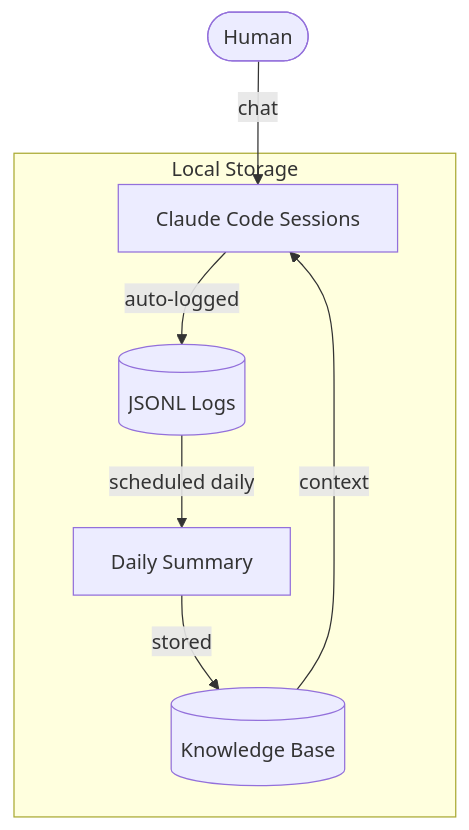
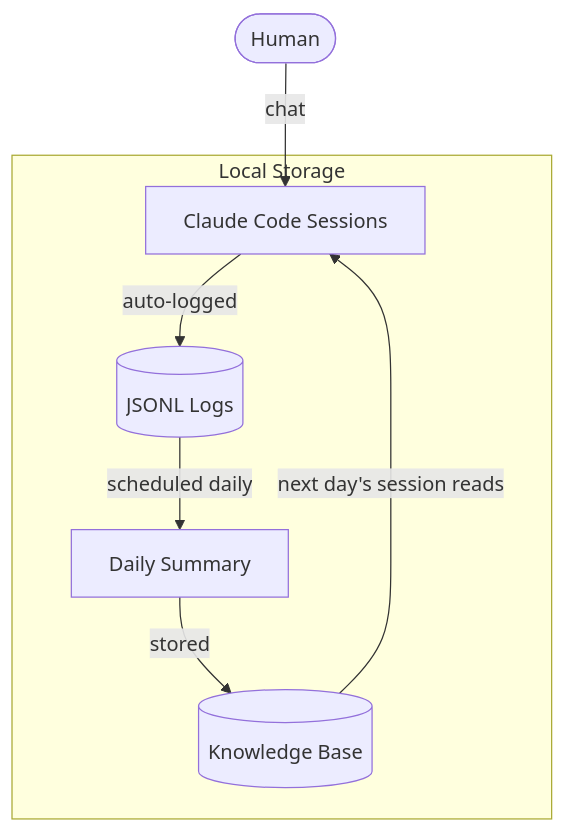
One commit to monta-gh/monta-gh changed the second of 2 diagrams in acma.md. Above: the diagram before and after it, drawn with Mermaid. The commit also changed other lines of this file, not shown here.

````diff
--- a/acma.md
+++ b/acma.md
@@ -13,16 +28,16 @@
 ```mermaid
 flowchart TD
     Human(["Human"]) -->|"chat"| CC
 
     subgraph local["Local Storage"]
         CC["Claude Code Sessions"]
         JSONL[("JSONL Logs")]
         DS["Daily Summary"]
         KB[("Knowledge Base")]
     end
 
     CC -->|"auto-logged"| JSONL
     JSONL -->|"scheduled daily"| DS
     DS -->|"stored"| KB
-    KB -->|"context"| CC
+    KB -->|"next day's session reads"| CC
 ```
````
